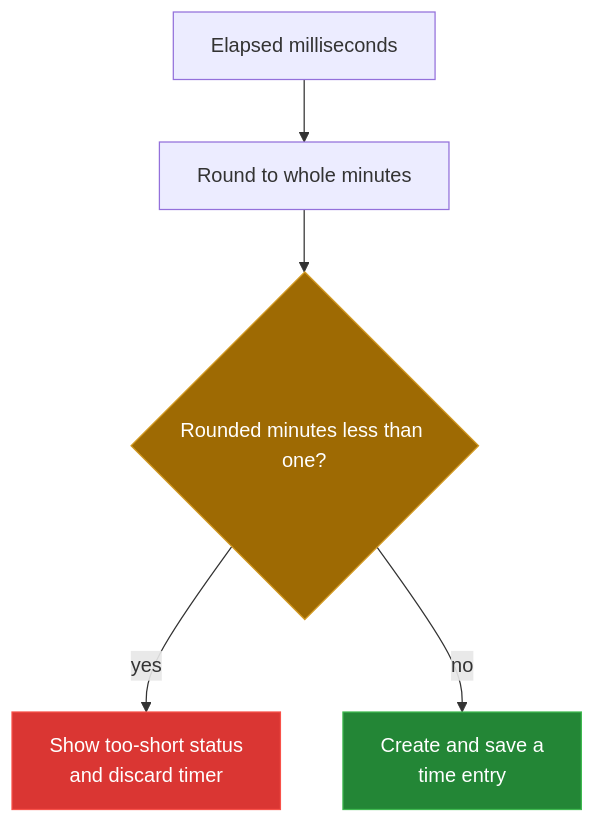
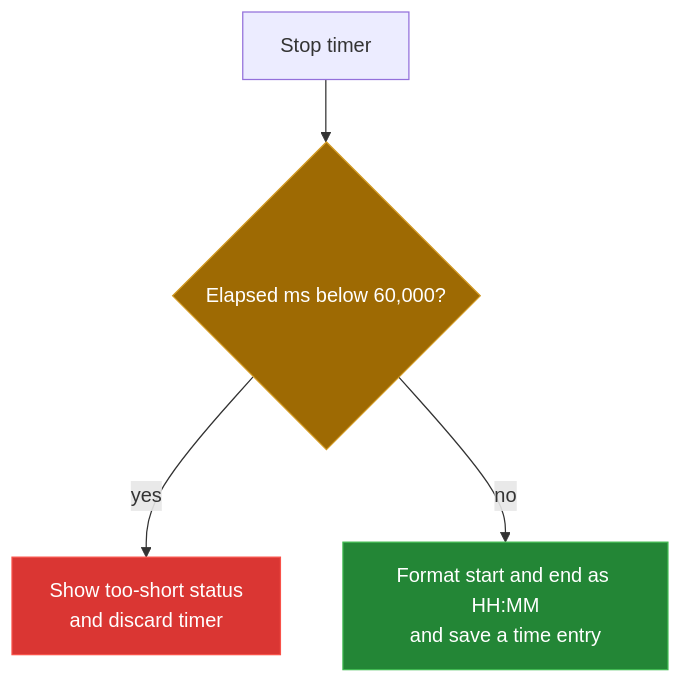
The diagram in docs/BUGS-FOUND.md (Bissbert/project-planning-tools), drawn with Mermaid before and after one commit. The commit also changed other lines of this file and 8 other files, not shown here.

````diff
--- a/docs/BUGS-FOUND.md
+++ b/docs/BUGS-FOUND.md
@@ -18,11 +24,10 @@
 ```mermaid
 flowchart TD
-    A["Elapsed milliseconds"] --> B["Round to whole minutes"]
-    B --> C{"Rounded minutes less than one?"}
-    C -- "yes" --> D["Show too-short status<br/>and discard timer"]
-    C -- "no" --> E["Create and save a<br/>time entry"]
+    A["Stop timer"] --> B{"Elapsed ms below 60,000?"}
+    B -- "yes" --> C["Show too-short status<br/>and discard timer"]
+    B -- "no" --> D["Format start and end as HH:MM<br/>and save a time entry"]
 
-    style C fill:#9e6a03,stroke:#d29922,color:#fff
-    style D fill:#da3633,stroke:#f85149,color:#fff
-    style E fill:#238636,stroke:#3fb950,color:#fff
+    style B fill:#9e6a03,stroke:#d29922,color:#fff
+    style C fill:#da3633,stroke:#f85149,color:#fff
+    style D fill:#238636,stroke:#3fb950,color:#fff
 ```
````
